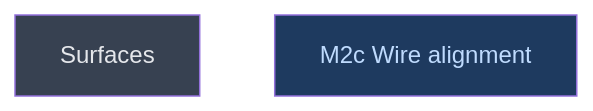
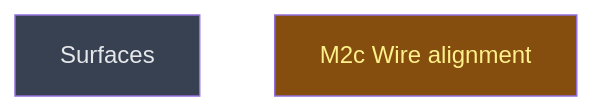
One commit to CrackingShells/Candler changed the diagram in __roadmap__/candler-v1/contracts/parity/alignment/README.md. Above: the diagram before and after it, drawn with Mermaid. The commit also changed other lines of this file and 18 other files, not shown here.

First line of the commit message:
rdm(experiment): plan the m2c-wire-alignment milestone

````diff
--- a/__roadmap__/candler-v1/contracts/parity/alignment/README.md
+++ b/__roadmap__/candler-v1/contracts/parity/alignment/README.md
@@ -16,10 +16,10 @@
 ```mermaid
 graph TD
     surfaces[Surfaces]:::planned
-    m2c_wire_alignment[M2c Wire alignment]:::amendment
+    m2c_wire_alignment[M2c Wire alignment]:::inprogress
     classDef done       fill:#166534,color:#bbf7d0
     classDef inprogress fill:#854d0e,color:#fef08a
     classDef planned    fill:#374151,color:#e5e7eb
     classDef amendment  fill:#1e3a5f,color:#bfdbfe
     classDef blocked    fill:#7f1d1d,color:#fecaca
 ```
````
